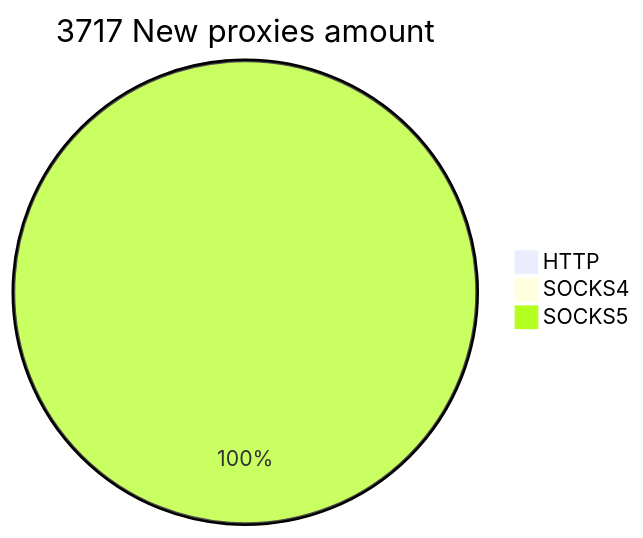
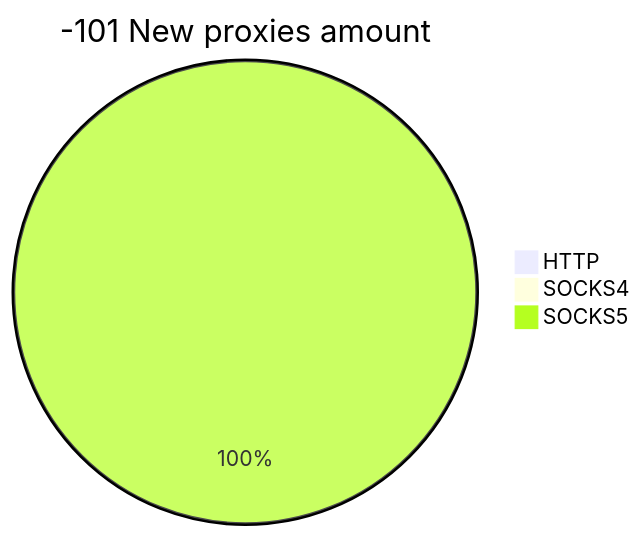
Before and after one commit to cutipu/proxylist: the second of 2 diagrams in README.md, drawn with Mermaid. The commit also changed other lines of this file, not shown here.

````diff
--- a/README.md
+++ b/README.md
@@ -10,6 +10,6 @@
 ```mermaid
-pie title 3717 New proxies amount
+pie title -101 New proxies amount
     "HTTP" : 0
     "SOCKS4" : 0
-    "SOCKS5" : 3717
+    "SOCKS5" : 21
 ```
````
